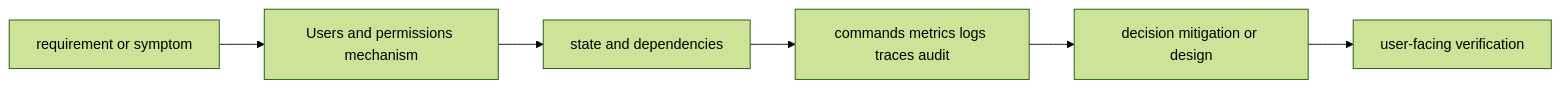
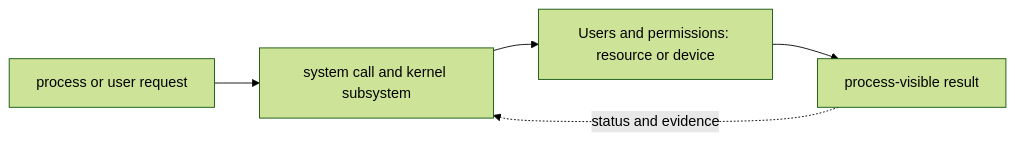
Before and after one commit to tomkidumbuyo/DevOps-interview-preparation: the diagram in 02-linux/03-users-and-permissions/README.md, drawn with Mermaid (forest theme). The commit also changed other lines of this file and 753 other files, not shown here.

````diff
--- a/02-linux/03-users-and-permissions/README.md
+++ b/02-linux/03-users-and-permissions/README.md
@@ -21,8 +31,7 @@
 ```mermaid
 flowchart LR
-  R[requirement or symptom] --> M[Users and permissions mechanism]
-  M --> S[state and dependencies]
-  S --> O[commands metrics logs traces audit]
-  O --> D[decision mitigation or design]
-  D --> V[user-facing verification]
+  A["process or user request"] --> B["system call and kernel subsystem"]
+  B --> C["Users and permissions: resource or device"]
+  C --> D["process-visible result"]
+  D -. "status and evidence" .-> B
 ```
````
